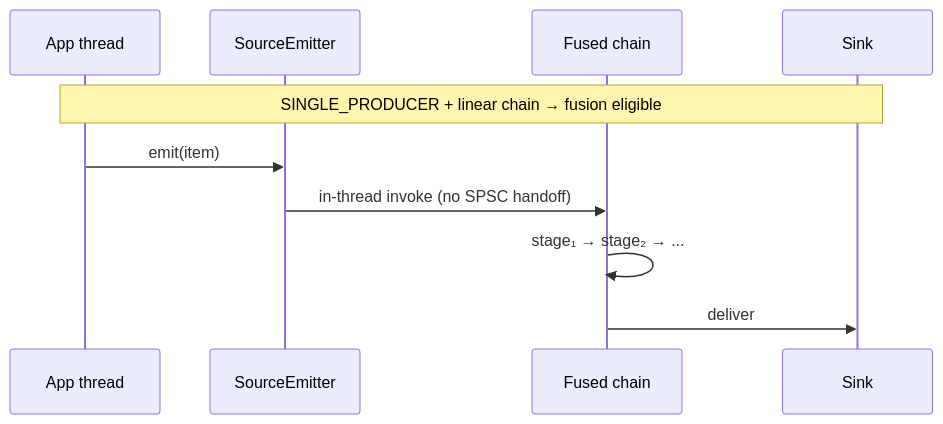
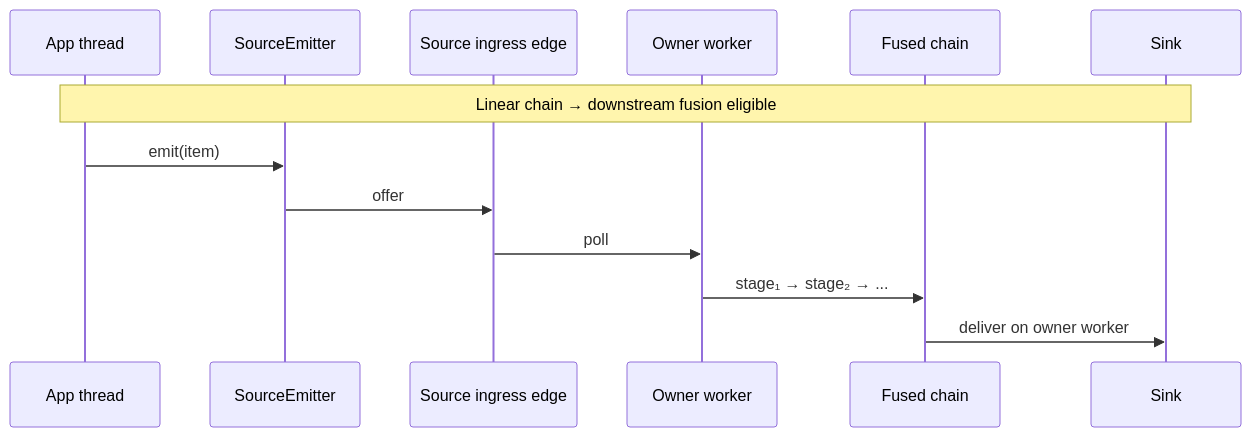
One commit to ElevatedDev/Lattice changed the diagram in docs/source-specialization-and-fusion.md. Above: the diagram before and after it, drawn with Mermaid. The commit also changed other lines of this file and 167 other files, not shown here.

````diff
--- a/docs/source-specialization-and-fusion.md
+++ b/docs/source-specialization-and-fusion.md
@@ -30,12 +30,15 @@
 ```mermaid
 sequenceDiagram
     participant App as App thread
     participant Emit as SourceEmitter
+    participant Edge as Source ingress edge
+    participant Owner as Owner worker
     participant Fused as Fused chain
     participant Sink as Sink
-    Note over App,Sink: SINGLE_PRODUCER + linear chain → fusion eligible
+    Note over App,Sink: Linear chain → downstream fusion eligible
     App->>Emit: emit(item)
-    Emit->>Fused: in-thread invoke (no SPSC handoff)
-    Fused->>Fused: stage₁ → stage₂ → ...
-    Fused->>Sink: deliver
+    Emit->>Edge: offer
+    Edge->>Owner: poll
+    Owner->>Fused: stage₁ → stage₂ → ...
+    Fused->>Sink: deliver on owner worker
 ```
````
